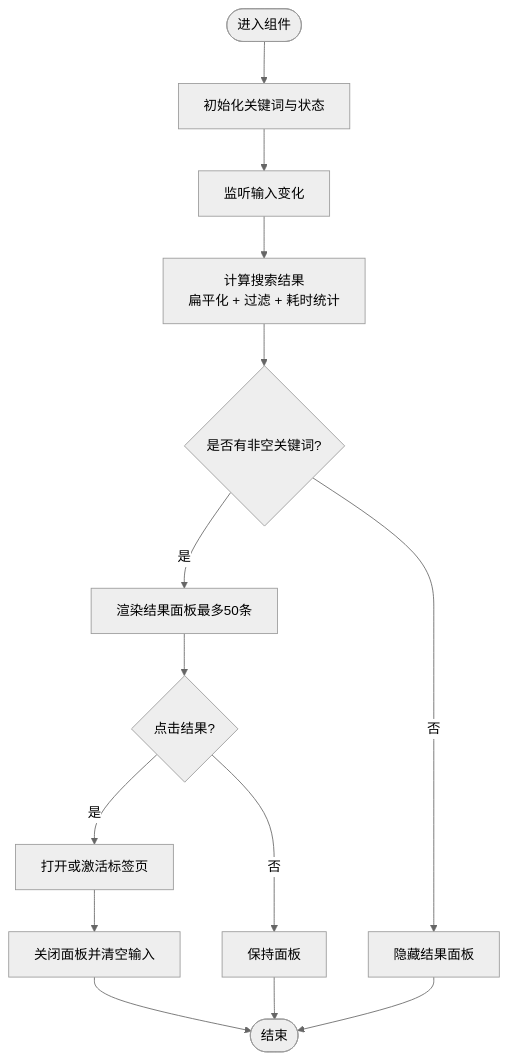
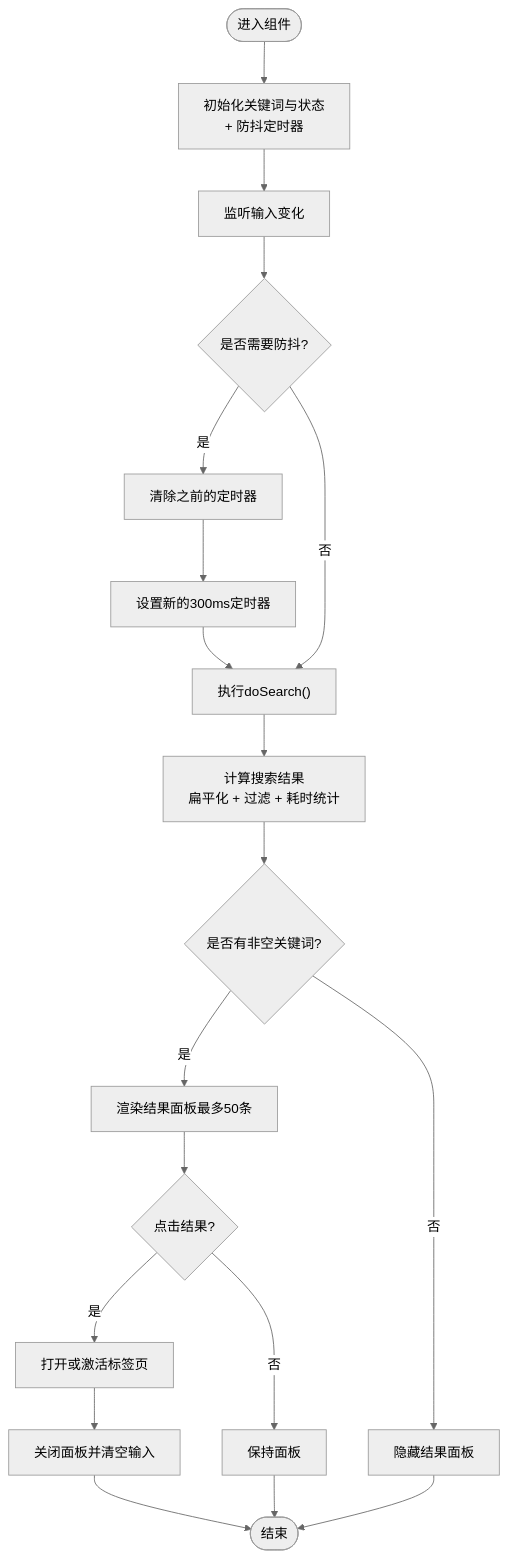
The third of 5 diagrams in .qoder/repowiki/zh/content/用户界面/全局搜索增强功能.md (taoweidong/Hello-Tauri), drawn with Mermaid (neutral theme) before and after one commit. The commit also changed other lines of this file and 32 other files, not shown here.

````diff
--- a/.qoder/repowiki/zh/content/用户界面/全局搜索增强功能.md
+++ b/.qoder/repowiki/zh/content/用户界面/全局搜索增强功能.md
@@ -155,16 +169,21 @@
 ```mermaid
 flowchart TD
-Start(["进入组件"]) --> Init["初始化关键词与状态"]
+Start(["进入组件"]) --> Init["初始化关键词与状态<br/>+ 防抖定时器"]
 Init --> WatchInput["监听输入变化"]
-WatchInput --> Compute["计算搜索结果<br/>扁平化 + 过滤 + 耗时统计"]
+WatchInput --> DebounceCheck{"是否需要防抖?"}
+DebounceCheck --> |是| ClearTimer["清除之前的定时器"]
+ClearTimer --> SetNewTimer["设置新的300ms定时器"]
+SetNewTimer --> ExecuteSearch["执行doSearch()"]
+DebounceCheck --> |否| ExecuteSearch
+ExecuteSearch --> Compute["计算搜索结果<br/>扁平化 + 过滤 + 耗时统计"]
 Compute --> ShowPanel{"是否有非空关键词?"}
 ShowPanel --> |是| Render["渲染结果面板最多50条"]
 ShowPanel --> |否| Hide["隐藏结果面板"]
 Render --> ClickResult{"点击结果?"}
 ClickResult --> |是| Navigate["打开或激活标签页"]
 Navigate --> Clear["关闭面板并清空输入"]
 ClickResult --> |否| Keep["保持面板"]
 Clear --> End(["结束"])
 Keep --> End
 Hide --> End
 ```
````
